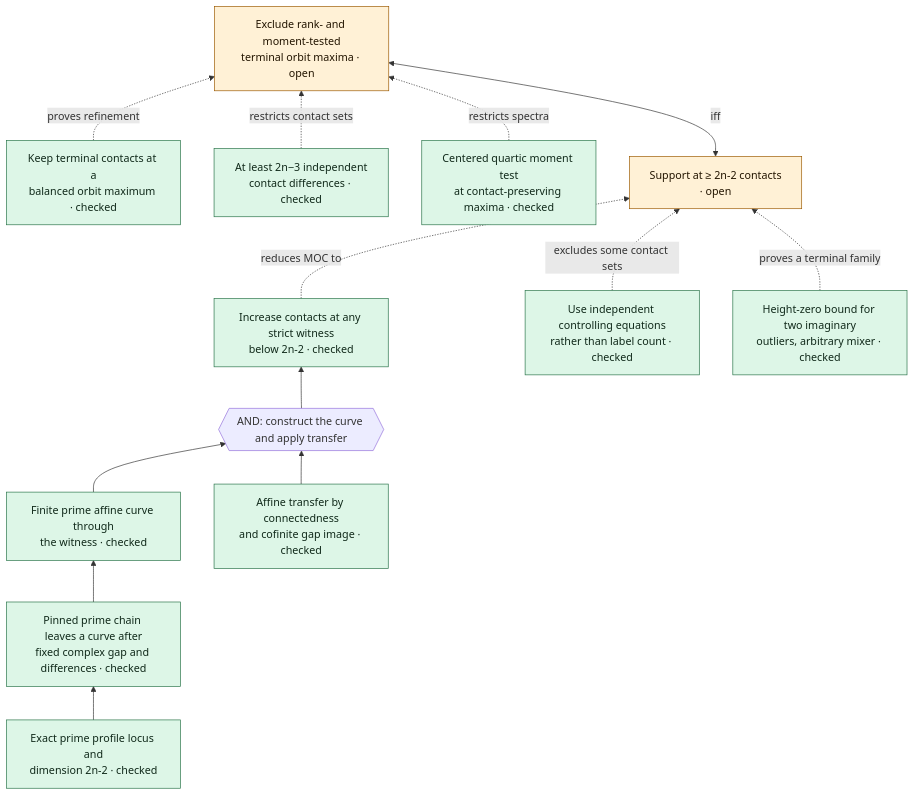
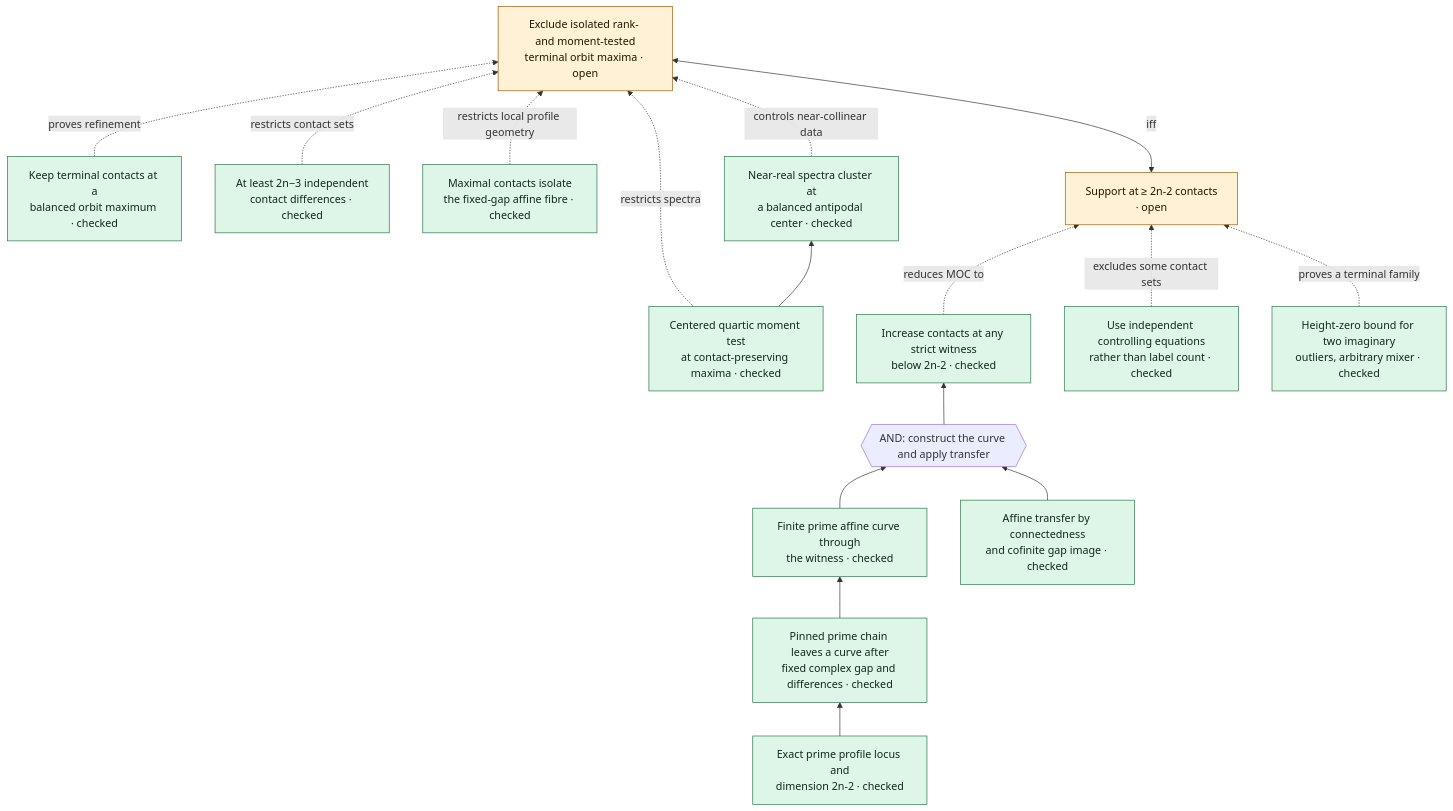
The fourth of 4 diagrams in Lean/ProofTree.md (ascendnoosphere/MOC), drawn with Mermaid before and after one commit. The commit also changed other lines of this file and 17 other files, not shown here.

Commit message:
MOC: isolate terminal profile fibres and sharpen spectral rigidity

````diff
--- a/Lean/ProofTree.md
+++ b/Lean/ProofTree.md
@@ -112,30 +112,35 @@
 ```mermaid
 flowchart BT
     TRANSFER["Increase contacts at any strict witness<br/>below 2n-2 · checked"]:::checked
     BOTH{{"AND: construct the curve and apply transfer"}}
     CUT["Pinned prime chain leaves a curve after<br/>fixed complex gap and differences · checked"]:::checked
     MODEL["Finite prime affine curve through<br/>the witness · checked"]:::checked
     STEP["Affine transfer by connectedness<br/>and cofinite gap image · checked"]:::checked
     CHART["Exact prime profile locus and<br/>dimension 2n-2 · checked"]:::checked
     TERMINAL["Support at ≥ 2n-2 contacts<br/>· open"]:::open
     BALANCE["Keep terminal contacts at a<br/>balanced orbit maximum · checked"]:::checked
     BUDGET["Use independent controlling equations<br/>rather than label count · checked"]:::checked
     RANK["At least 2n−3 independent<br/>contact differences · checked"]:::checked
     MOMENT["Centered quartic moment test<br/>at contact-preserving maxima · checked"]:::checked
-    TIGHT["Exclude rank- and moment-tested<br/>terminal orbit maxima · open"]:::open
+    NEAR["Near-real spectra cluster at<br/>a balanced antipodal center · checked"]:::checked
+    ISOLATE["Maximal contacts isolate<br/>the fixed-gap affine fibre · checked"]:::checked
+    TIGHT["Exclude isolated rank- and moment-tested<br/>terminal orbit maxima · open"]:::open
     OUTLIER["Height-zero bound for two imaginary<br/>outliers, arbitrary mixer · checked"]:::checked
     CHART --> CUT
     CUT --> MODEL
     MODEL --> BOTH
     STEP --> BOTH
     BOTH --> TRANSFER
     TRANSFER -. reduces MOC to .-> TERMINAL
     BALANCE -. proves refinement .-> TIGHT
     RANK -. restricts contact sets .-> TIGHT
+    ISOLATE -. restricts local profile geometry .-> TIGHT
+    MOMENT --> NEAR
     MOMENT -. restricts spectra .-> TIGHT
+    NEAR -. controls near-collinear data .-> TIGHT
     BUDGET -. excludes some contact sets .-> TERMINAL
     TERMINAL <-->|iff| TIGHT
     OUTLIER -. proves a terminal family .-> TERMINAL
     classDef open fill:#fff1d6,stroke:#9a5900,color:#231500
     classDef checked fill:#ddf6e7,stroke:#287348,color:#10291a
 ```
````
